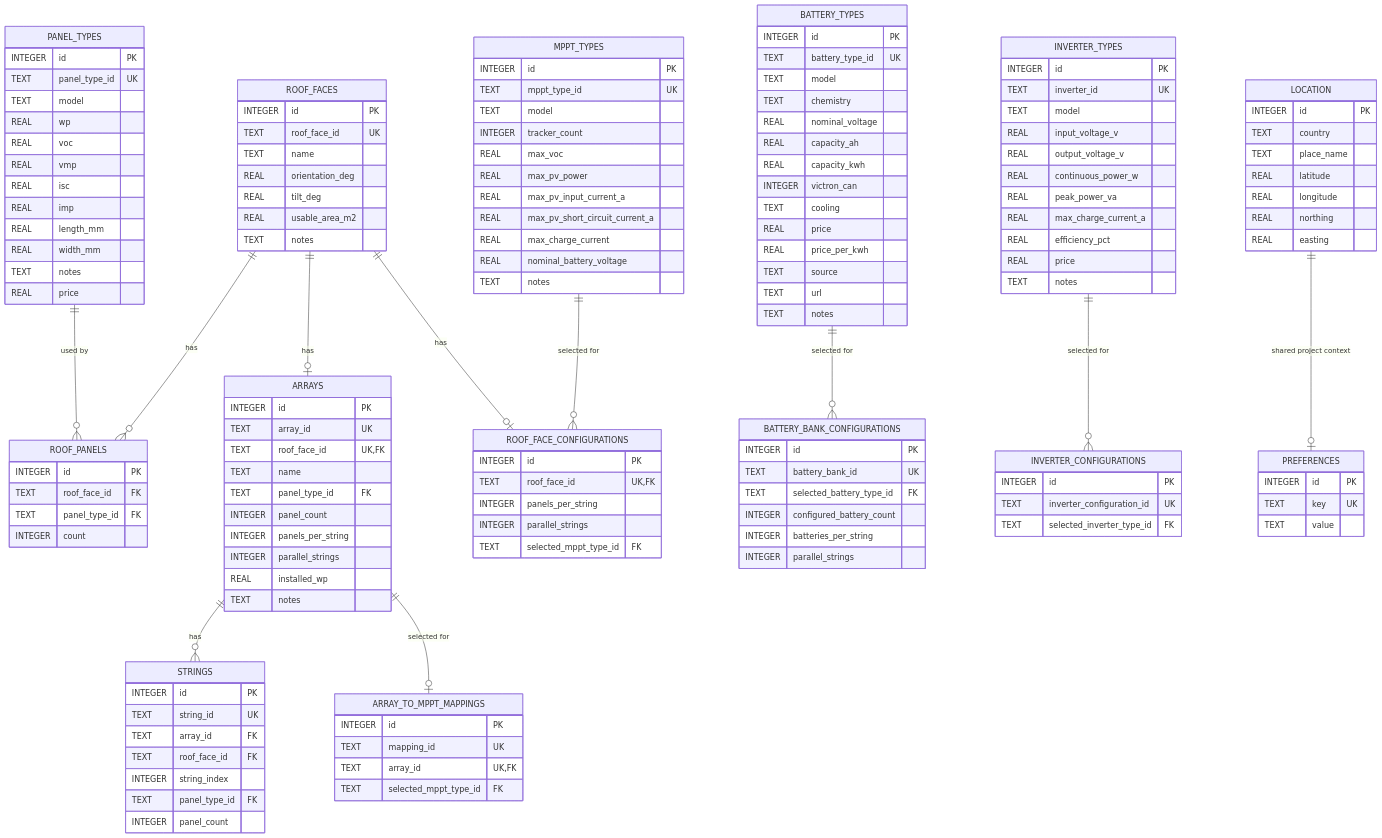
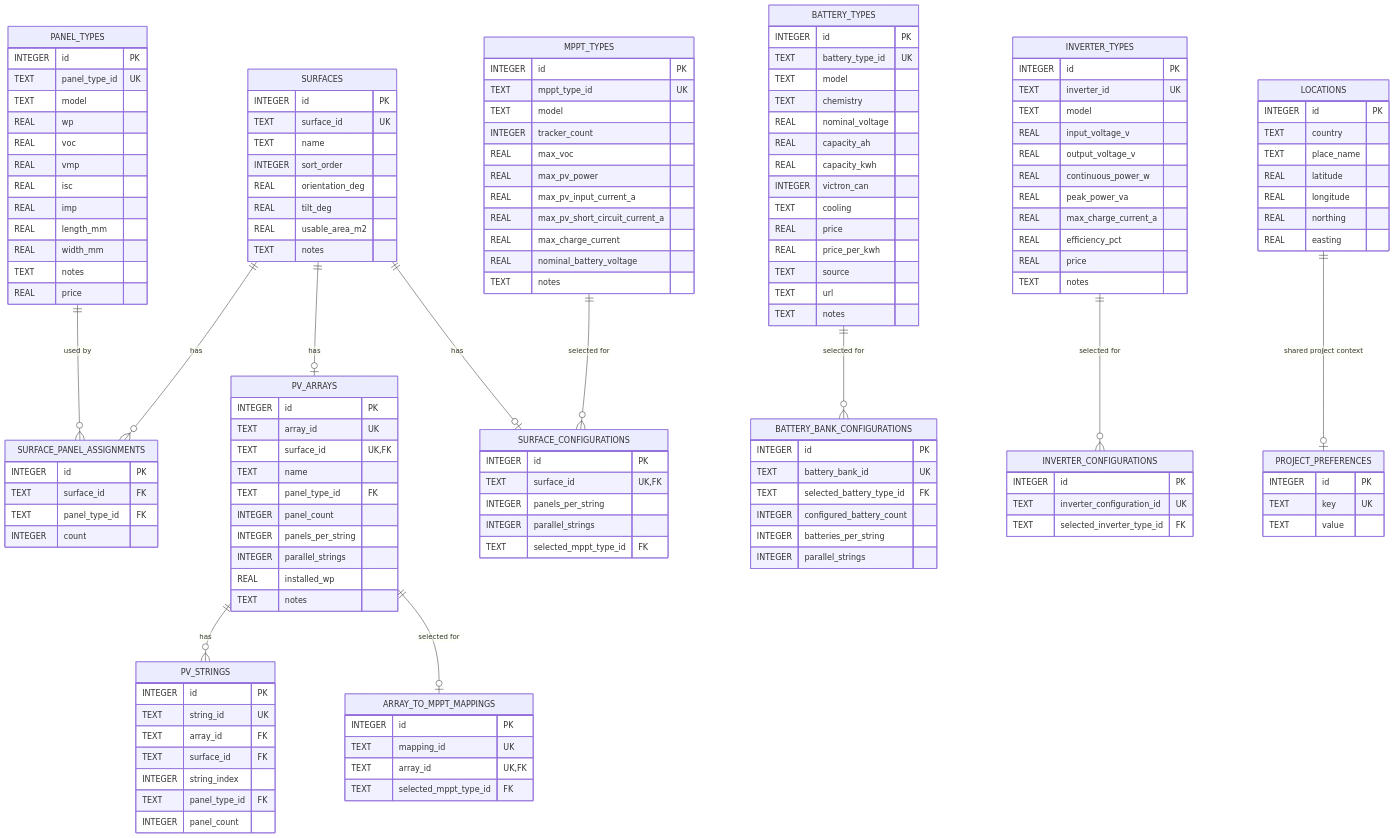
The diagram in docs/database-schema.md (okkie2/OffGridOs), drawn with Mermaid before and after one commit. The commit also changed other lines of this file and 39 other files, not shown here.

````diff
--- a/docs/database-schema.md
+++ b/docs/database-schema.md
@@ -7,6 +7,6 @@
 ```mermaid
 erDiagram
-    LOCATION {
+    LOCATIONS {
         INTEGER id PK
         TEXT country
         TEXT place_name
@@ -16,10 +16,11 @@
         REAL easting
     }
 
-    ROOF_FACES {
+    SURFACES {
         INTEGER id PK
-        TEXT roof_face_id UK
+        TEXT surface_id UK
         TEXT name
+        INTEGER sort_order
         REAL orientation_deg
         REAL tilt_deg
         REAL usable_area_m2
@@ -41,17 +42,17 @@
         REAL price
     }
 
-    ROOF_PANELS {
+    SURFACE_PANEL_ASSIGNMENTS {
         INTEGER id PK
-        TEXT roof_face_id FK
+        TEXT surface_id FK
         TEXT panel_type_id FK
         INTEGER count
     }
 
-    ARRAYS {
+    PV_ARRAYS {
         INTEGER id PK
         TEXT array_id UK
-        TEXT roof_face_id UK, FK
+        TEXT surface_id UK, FK
         TEXT name
         TEXT panel_type_id FK
         INTEGER panel_count
@@ -61,11 +62,11 @@
         TEXT notes
     }
 
-    STRINGS {
+    PV_STRINGS {
         INTEGER id PK
         TEXT string_id UK
         TEXT array_id FK
-        TEXT roof_face_id FK
+        TEXT surface_id FK
         INTEGER string_index
         TEXT panel_type_id FK
         INTEGER panel_count
@@ -78,9 +79,9 @@
         TEXT selected_mppt_type_id FK
     }
 
-    ROOF_FACE_CONFIGURATIONS {
+    SURFACE_CONFIGURATIONS {
         INTEGER id PK
-        TEXT roof_face_id UK, FK
+        TEXT surface_id UK, FK
         INTEGER panels_per_string
         INTEGER parallel_strings
         TEXT selected_mppt_type_id FK
@@ -146,20 +147,20 @@
         TEXT selected_inverter_type_id FK
     }
 
-    PREFERENCES {
+    PROJECT_PREFERENCES {
         INTEGER id PK
         TEXT key UK
         TEXT value
     }
 
-    LOCATION ||--o| PREFERENCES : "shared project context"
-    ROOF_FACES ||--o{ ROOF_PANELS : "has"
-    PANEL_TYPES ||--o{ ROOF_PANELS : "used by"
-    ROOF_FACES ||--o| ARRAYS : "has"
-    ARRAYS ||--o{ STRINGS : "has"
-    ARRAYS ||--o| ARRAY_TO_MPPT_MAPPINGS : "selected for"
-    ROOF_FACES ||--o| ROOF_FACE_CONFIGURATIONS : "has"
-    MPPT_TYPES ||--o{ ROOF_FACE_CONFIGURATIONS : "selected for"
+    LOCATIONS ||--o| PROJECT_PREFERENCES : "shared project context"
+    SURFACES ||--o{ SURFACE_PANEL_ASSIGNMENTS : "has"
+    PANEL_TYPES ||--o{ SURFACE_PANEL_ASSIGNMENTS : "used by"
+    SURFACES ||--o| PV_ARRAYS : "has"
+    PV_ARRAYS ||--o{ PV_STRINGS : "has"
+    PV_ARRAYS ||--o| ARRAY_TO_MPPT_MAPPINGS : "selected for"
+    SURFACES ||--o| SURFACE_CONFIGURATIONS : "has"
+    MPPT_TYPES ||--o{ SURFACE_CONFIGURATIONS : "selected for"
     BATTERY_TYPES ||--o{ BATTERY_BANK_CONFIGURATIONS : "selected for"
     INVERTER_TYPES ||--o{ INVERTER_CONFIGURATIONS : "selected for"
 ```
````
